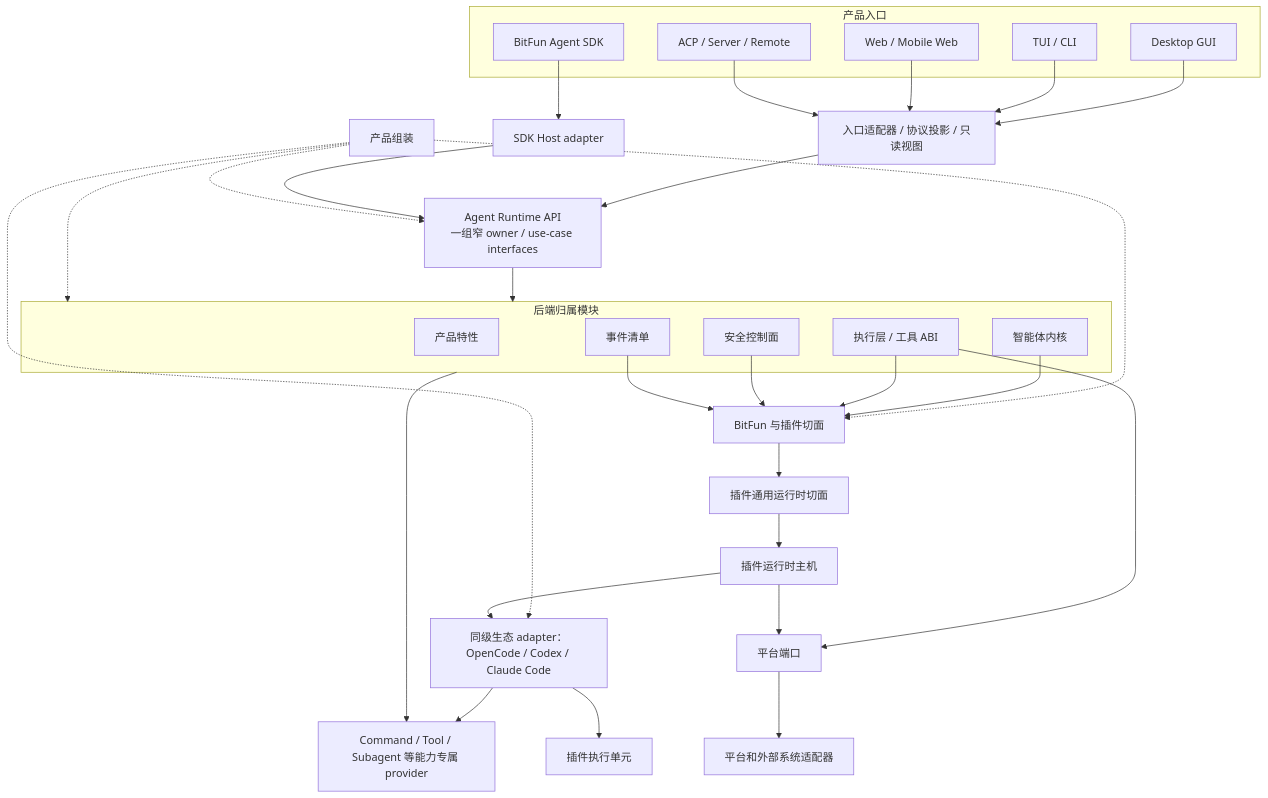
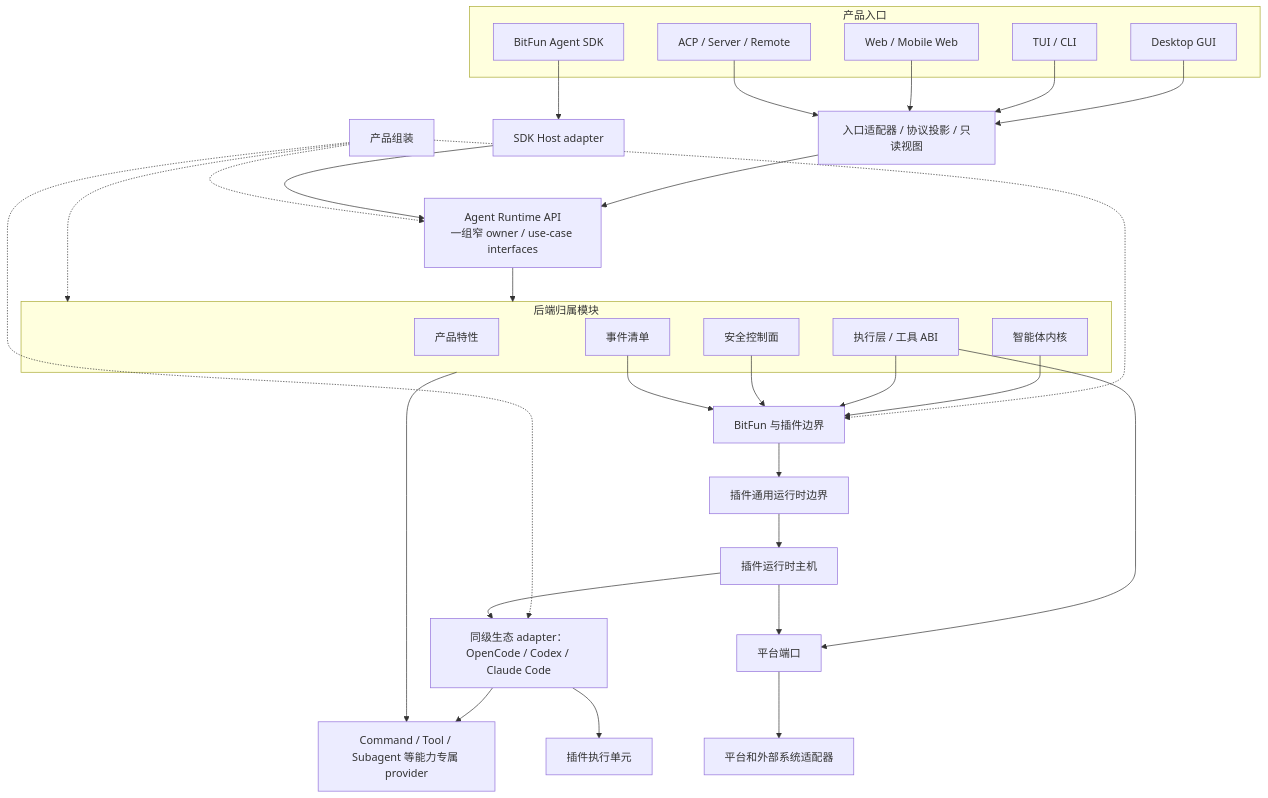
Before and after one commit to nonoqing/dev: the sixth of 8 diagrams in docs/architecture/product-architecture.md, drawn with Mermaid. The commit also changed other lines of this file and 14 other files, not shown here.

Commit message:
docs: restore architecture semantics and references

````diff
--- a/docs/architecture/product-architecture.md
+++ b/docs/architecture/product-architecture.md
@@ -196,58 +532,58 @@
 ```mermaid
 flowchart TB
   subgraph Entry["产品入口"]
     Desktop["Desktop GUI"]
     Cli["TUI / CLI"]
     Web["Web / Mobile Web"]
     Protocol["ACP / Server / Remote"]
     PublicSdk["BitFun Agent SDK"]
   end
 
   Projection["入口适配器 / 协议投影 / 只读视图"]
   SdkHost["SDK Host adapter"]
   RuntimeApi["Agent Runtime API\n一组窄 owner / use-case interfaces"]
   Assembly["产品组装"]
 
   subgraph Owners["后端归属模块"]
     Feature["产品特性"]
     Kernel["智能体内核"]
     Execution["执行层 / 工具 ABI"]
     Security["安全控制面"]
     Events["事件清单"]
   end
 
-  Extension["BitFun 与插件切面"]
-  HostAbi["插件通用运行时切面"]
+  Extension["BitFun 与插件边界"]
+  HostAbi["插件通用运行时边界"]
   PluginHost["插件运行时主机"]
   ProviderPorts["Command / Tool / Subagent 等能力专属 provider"]
   EcosystemAdapters["同级生态 adapter：OpenCode / Codex / Claude Code"]
   PluginUnit["插件执行单元"]
   PlatformPorts["平台端口"]
   PlatformAdapters["平台和外部系统适配器"]
 
   Desktop --> Projection
   Cli --> Projection
   Web --> Projection
   Protocol --> Projection
   PublicSdk --> SdkHost
   Projection --> RuntimeApi
   SdkHost --> RuntimeApi
   RuntimeApi --> Owners
   Assembly -.-> RuntimeApi
   Assembly -.-> Owners
   Assembly -.-> Extension
   Kernel --> Extension
   Execution --> Extension
   Security --> Extension
   Events --> Extension
   Extension --> HostAbi
   HostAbi --> PluginHost
   Owners --> ProviderPorts
   Assembly -.-> EcosystemAdapters
   EcosystemAdapters --> ProviderPorts
   PluginHost --> EcosystemAdapters
   EcosystemAdapters --> PluginUnit
   Execution --> PlatformPorts
   PluginHost --> PlatformPorts
   PlatformPorts --> PlatformAdapters
 ```
````
